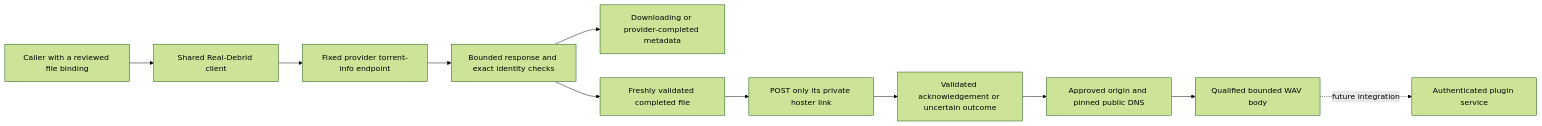
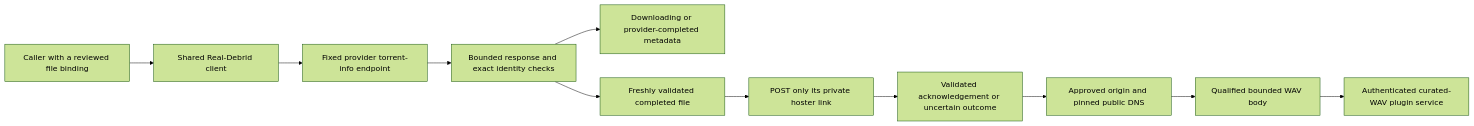
Before and after one commit to acidiney/hitoapp: the diagram in docs/debrid-adapters.md, drawn with Mermaid (forest theme). The commit also changed other lines of this file, not shown here.

Commit message:
Document curated debrid service evidence and limits

````diff
--- a/docs/debrid-adapters.md
+++ b/docs/debrid-adapters.md
@@ -9,13 +9,13 @@
 ```mermaid
 flowchart LR
     Caller[Caller with a reviewed file binding] --> Client[Shared Real-Debrid client]
     Client --> API[Fixed provider torrent-info endpoint]
     API --> Check[Bounded response and exact identity checks]
     Check --> Result[Downloading or provider-completed metadata]
     Check --> Completed[Freshly validated completed file]
     Completed --> Unrestrict[POST only its private hoster link]
     Unrestrict --> Receipt[Validated acknowledgement or uncertain outcome]
     Receipt --> Destination[Approved origin and pinned public DNS]
     Destination --> Audio[Qualified bounded WAV body]
-    Audio -. future integration .-> Service[Authenticated plugin service]
+    Audio --> Service[Authenticated curated-WAV plugin service]
 ```
````
